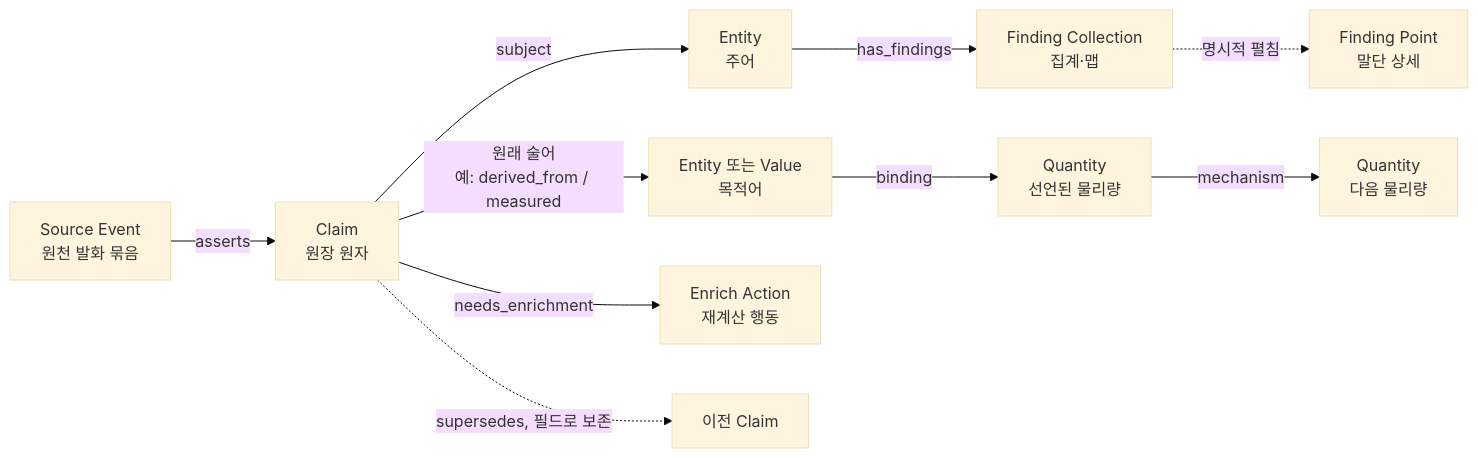
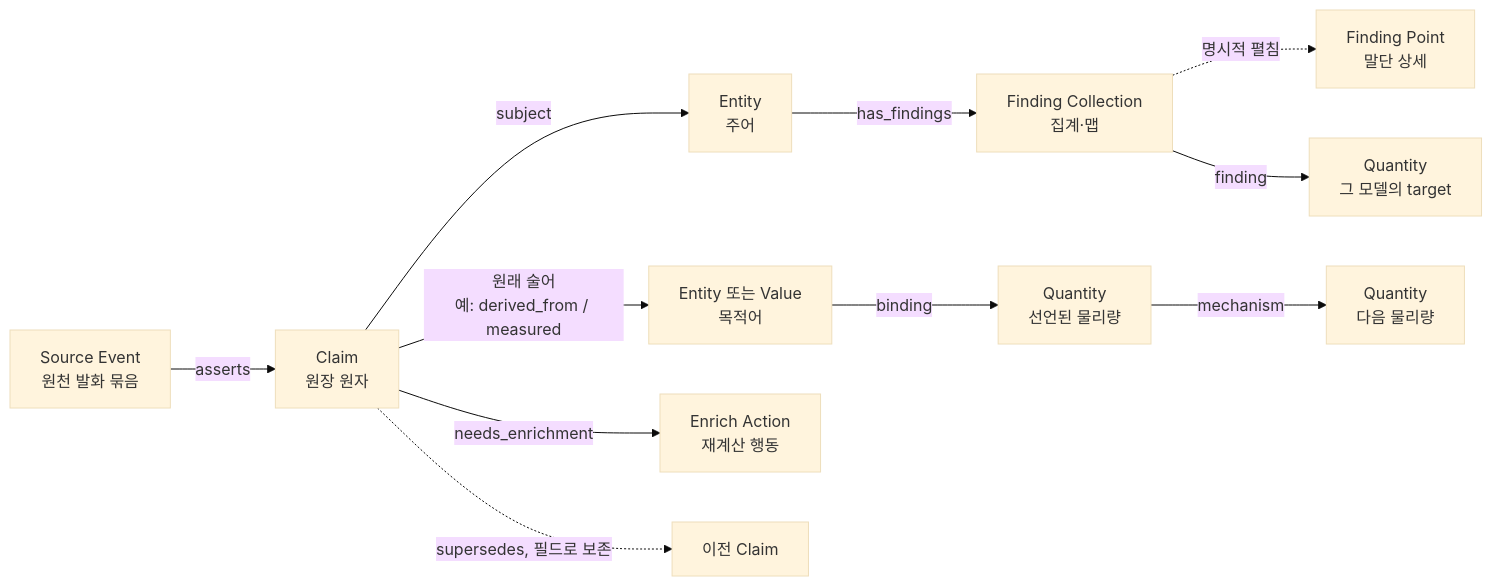
The diagram in docs/spec/LEDGER_EVIDENCE_SUBGRAPH_SPEC.md (tiger4432/tableManager), drawn with Mermaid (base theme) before and after one commit. The commit also changed other lines of this file and 3 other files, not shown here.

````diff
--- a/docs/spec/LEDGER_EVIDENCE_SUBGRAPH_SPEC.md
+++ b/docs/spec/LEDGER_EVIDENCE_SUBGRAPH_SPEC.md
@@ -49,12 +49,13 @@
 ```mermaid
 flowchart LR
   EV["Source Event\n원천 발화 묶음"] -->|asserts| CL["Claim\n원장 원자"]
   CL -->|subject| S["Entity\n주어"]
   CL -->|"원래 술어\n예: derived_from / measured"| O["Entity 또는 Value\n목적어"]
   S -->|has_findings| FC["Finding Collection\n집계·맵"]
   FC -.->|명시적 펼침| FP["Finding Point\n말단 상세"]
   CL -->|needs_enrichment| EA["Enrich Action\n재계산 행동"]
   O -->|binding| Q["Quantity\n선언된 물리량"]
+  FC -->|finding| QT["Quantity\n그 모델의 target"]
   Q -->|mechanism| Q2["Quantity\n다음 물리량"]
   CL -.->|supersedes, 필드로 보존| OLD["이전 Claim"]
 ```
````
